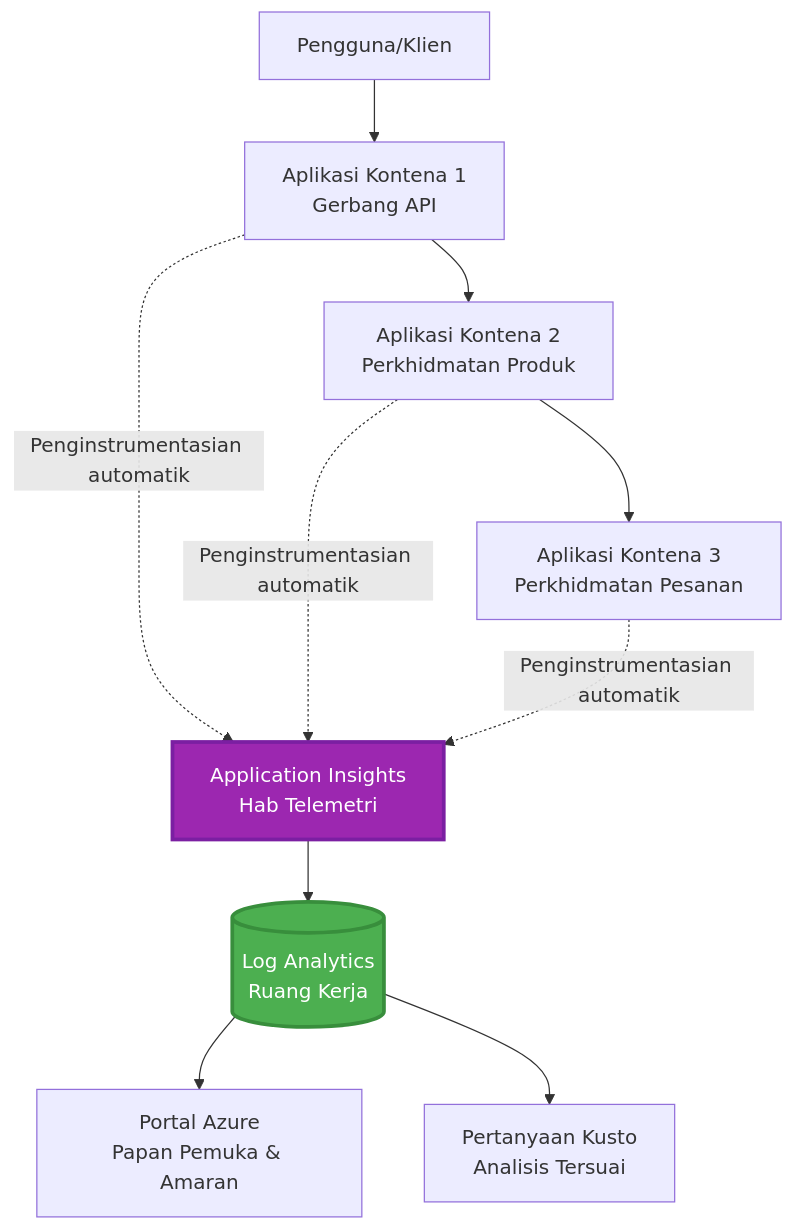
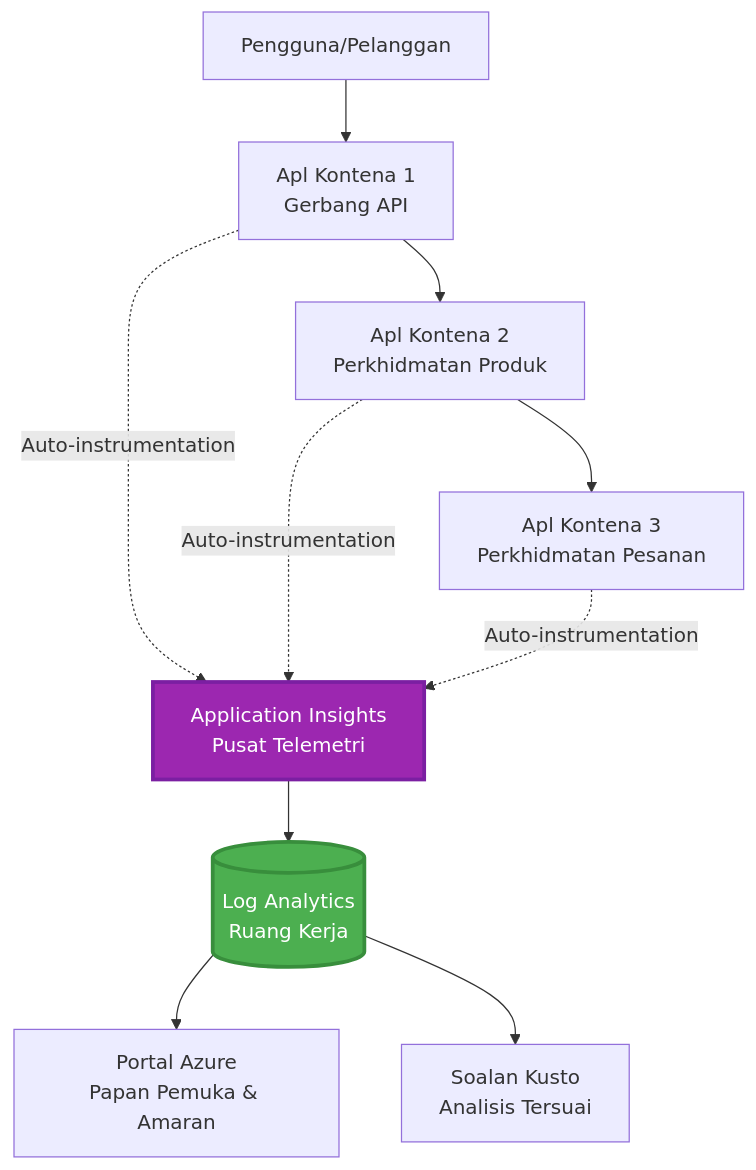
The first of 2 diagrams in translations/ms/docs/chapter-06-pre-deployment/application-insights.md (microsoft/AZD-for-beginners), drawn with Mermaid before and after one commit. The commit also changed other lines of this file and 101 other files, not shown here.

````diff
--- a/translations/ms/docs/chapter-06-pre-deployment/application-insights.md
+++ b/translations/ms/docs/chapter-06-pre-deployment/application-insights.md
@@ -58,28 +58,28 @@
 ```mermaid
 graph TB
-    User[Pengguna/Klien]
-    App1[Aplikasi Kontena 1<br/>Gerbang API]
-    App2[Aplikasi Kontena 2<br/>Perkhidmatan Produk]
-    App3[Aplikasi Kontena 3<br/>Perkhidmatan Pesanan]
+    User[Pengguna/Pelanggan]
+    App1[Apl Kontena 1<br/>Gerbang API]
+    App2[Apl Kontena 2<br/>Perkhidmatan Produk]
+    App3[Apl Kontena 3<br/>Perkhidmatan Pesanan]
     
-    AppInsights[Application Insights<br/>Hab Telemetri]
+    AppInsights[Application Insights<br/>Pusat Telemetri]
     LogAnalytics[(Log Analytics<br/>Ruang Kerja)]
     
     Portal[Portal Azure<br/>Papan Pemuka & Amaran]
-    Query[Pertanyaan Kusto<br/>Analisis Tersuai]
+    Query[Soalan Kusto<br/>Analisis Tersuai]
     
     User --> App1
     App1 --> App2
     App2 --> App3
     
-    App1 -.->|Penginstrumentasian automatik| AppInsights
-    App2 -.->|Penginstrumentasian automatik| AppInsights
-    App3 -.->|Penginstrumentasian automatik| AppInsights
+    App1 -.->|Auto-instrumentation| AppInsights
+    App2 -.->|Auto-instrumentation| AppInsights
+    App3 -.->|Auto-instrumentation| AppInsights
     
     AppInsights --> LogAnalytics
     LogAnalytics --> Portal
     LogAnalytics --> Query
     
     style AppInsights fill:#9C27B0,stroke:#7B1FA2,stroke-width:3px,color:#fff
     style LogAnalytics fill:#4CAF50,stroke:#388E3C,stroke-width:3px,color:#fff
 ```
````
